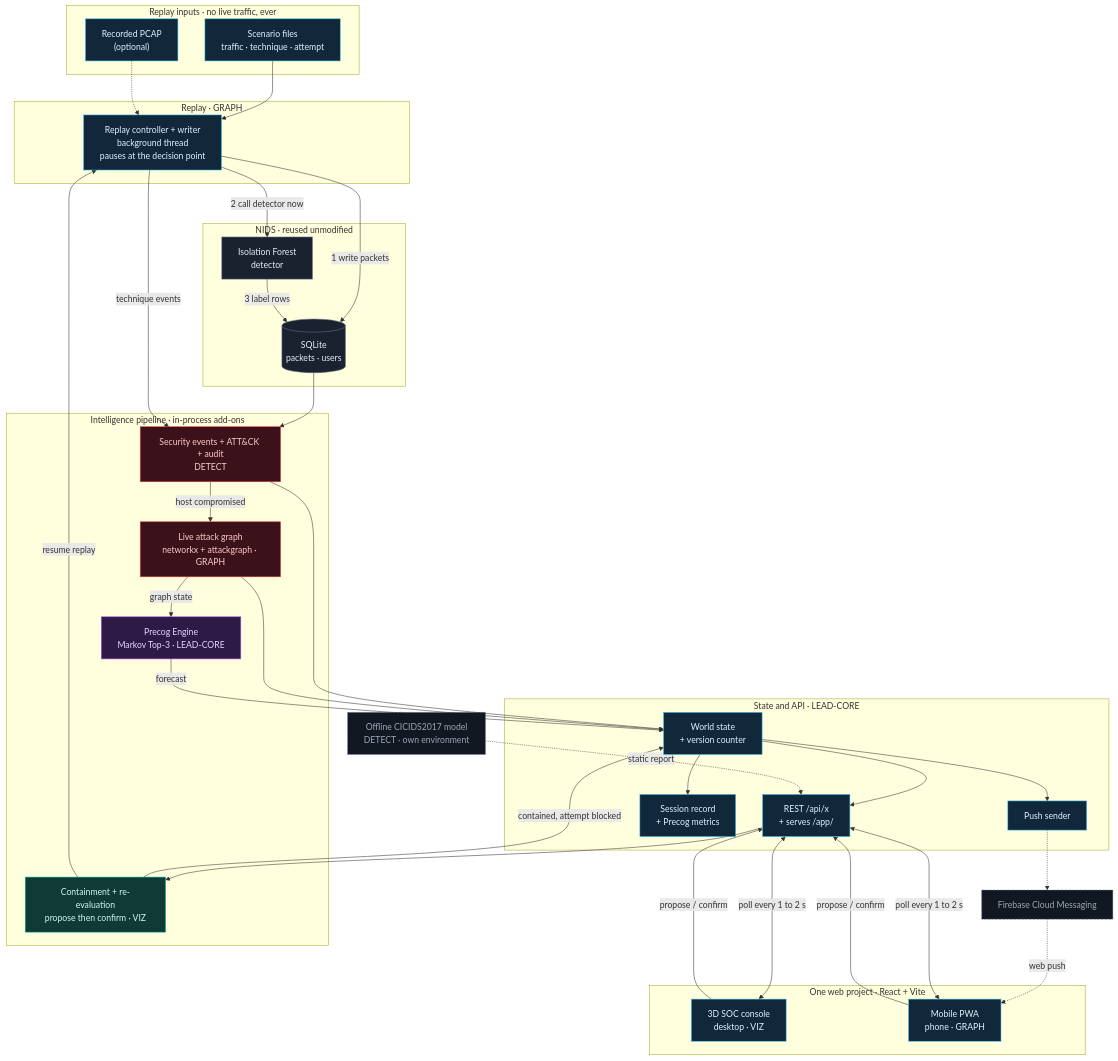
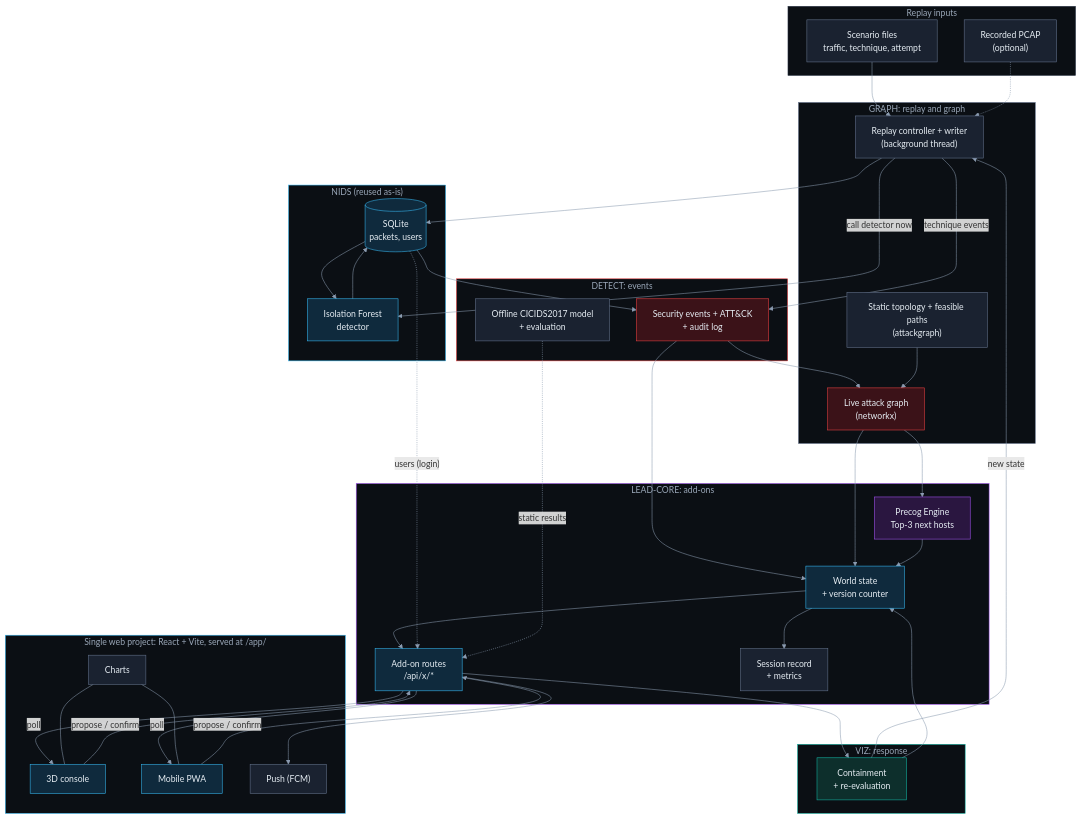
Before and after one commit to Sagar44-Github/precog-platform: the third of 9 diagrams in README.md, drawn with Mermaid. The commit also changed other lines of this file and 5 other files, not shown here.

````diff
--- a/README.md
+++ b/README.md
@@ -271,77 +362,83 @@
 ```mermaid
+%%{init: {'themeVariables': {'lineColor': '#8b9bb0'}}}%%
 flowchart TB
-    subgraph INPUT["Replay inputs · no live traffic, ever"]
-        SC["Scenario files<br/>traffic · technique · attempt"]
-        PC["Recorded PCAP<br/>(optional)"]
+    classDef reused fill:#0f2a3d,stroke:#38bdf8,color:#e6edf3
+    classDef happened fill:#3b1218,stroke:#ef4444,color:#e6edf3
+    classDef predict fill:#2a1640,stroke:#a855f7,color:#e6edf3
+    classDef did fill:#0d2f2c,stroke:#14b8a6,color:#e6edf3
+    classDef neutral fill:#1a2230,stroke:#66758f,color:#e6edf3
+
+    subgraph SRC["Replay inputs"]
+        S1["Scenario files<br/>traffic, technique, attempt"]:::neutral
+        S2["Recorded PCAP<br/>(optional)"]:::neutral
     end
 
-    subgraph REPLAY["Replay · GRAPH"]
-        RC["Replay controller + writer<br/>background thread<br/>pauses at the decision point"]
+    subgraph GR["GRAPH: replay and graph"]
+        RC["Replay controller + writer<br/>(background thread)"]:::neutral
+        ST["Static topology + feasible paths<br/>(attackgraph)"]:::neutral
+        AG["Live attack graph<br/>(networkx)"]:::happened
     end
 
-    subgraph NIDS["NIDS · reused unmodified"]
-        DB[("SQLite<br/>packets · users")]
-        DT["Isolation Forest<br/>detector"]
+    subgraph NIDS["NIDS (reused as-is)"]
+        DB[("SQLite<br/>packets, users")]:::reused
+        DT["Isolation Forest<br/>detector"]:::reused
     end
 
-    subgraph PIPE["Intelligence pipeline · in-process add-ons"]
-        EV["Security events + ATT&CK + audit<br/>DETECT"]
-        AG["Live attack graph<br/>networkx + attackgraph · GRAPH"]
-        PR["Precog Engine<br/>Markov Top-3 · LEAD-CORE"]
-        CT["Containment + re-evaluation<br/>propose then confirm · VIZ"]
+    subgraph DE["DETECT: events"]
+        EV["Security events + ATT&CK<br/>+ audit log"]:::happened
+        OFF["Offline CICIDS2017 model<br/>+ evaluation"]:::neutral
     end
 
-    subgraph STATE["State and API · LEAD-CORE"]
-        WS["World state<br/>+ version counter"]
-        API["REST /api/x<br/>+ serves /app/"]
-        SES["Session record<br/>+ Precog metrics"]
-        PUSH["Push sender"]
+    subgraph LC["LEAD-CORE: add-ons"]
+        PR["Precog Engine<br/>Top-3 next hosts"]:::predict
+        WS["World state<br/>+ version counter"]:::reused
+        API["Add-on routes<br/>/api/x/*"]:::reused
+        SES["Session record<br/>+ metrics"]:::neutral
     end
 
-    subgraph WEB["One web project · React + Vite"]
-        CON["3D SOC console<br/>desktop · VIZ"]
-        MOB["Mobile PWA<br/>phone · GRAPH"]
+    subgraph VZ["VIZ: response"]
+        CT["Containment<br/>+ re-evaluation"]:::did
     end
 
-    OFF["Offline CICIDS2017 model<br/>DETECT · own environment"]:::ext
-    FCM["Firebase Cloud Messaging"]:::ext
+    subgraph WEB["Single web project: React + Vite, served at /app/"]
+        CON["3D console"]:::reused
+        MOB["Mobile PWA"]:::reused
+        CH["Charts"]:::neutral
+        PUSH["Push (FCM)"]:::neutral
+    end
 
-    SC --> RC
-    PC -.-> RC
-    RC -->|"1 write packets"| DB
-    RC -->|"2 call detector now"| DT
-    DT -->|"3 label rows"| DB
+    S1 --> RC --> DB
+    S2 -.-> RC
+    RC -->|"call detector now"| DT
+    DB --> DT --> DB
+    RC -->|"technique events"| EV
     DB --> EV
-    RC -->|"technique events"| EV
-    EV -->|"host compromised"| AG
-    AG -->|"graph state"| PR
+    EV --> AG
+    ST --> AG
+    AG --> PR
     EV --> WS
     AG --> WS
-    PR -->|"forecast"| WS
+    PR --> WS
     WS --> API
-    WS --> SES
-    WS --> PUSH
-    PUSH -.-> FCM
-    FCM -.->|"web push"| MOB
-    API <-->|"poll every 1 to 2 s"| CON
-    API <-->|"poll every 1 to 2 s"| MOB
+    DB -.->|"users (login)"| API
+    API -->|"poll"| CON
+    API -->|"poll"| MOB
+    CH --- MOB
+    CH --- CON
+    API --> PUSH
     CON -->|"propose / confirm"| API
     MOB -->|"propose / confirm"| API
     API --> CT
-    CT -->|"contained, attempt blocked"| WS
-    CT -->|"resume replay"| RC
-    OFF -.->|"static report"| API
+    CT -->|"new state"| RC
+    CT --> WS
+    WS --> SES
+    OFF -.->|"static results"| API
 
-    classDef reused fill:#1a2230,stroke:#66758f,color:#e6edf3
-    classDef detect fill:#3b1219,stroke:#ef4444,color:#fecaca
-    classDef precog fill:#2e1a47,stroke:#a855f7,color:#e9d5ff
-    classDef act fill:#0f3a36,stroke:#14b8a6,color:#ccfbf1
-    classDef ours fill:#10283a,stroke:#38bdf8,color:#e0f2fe
-    classDef ext fill:#121821,stroke:#66758f,color:#9aa7b8,stroke-dasharray:4 3
-
-    class SC,PC,RC,WS,API,SES,PUSH,CON,MOB ours
-    class DB,DT reused
-    class EV,AG detect
-    class PR precog
-    class CT act
+    style SRC fill:#0b0f14,stroke:#263042,color:#9aa7b8
+    style GR fill:#0b0f14,stroke:#66758f,color:#9aa7b8
+    style NIDS fill:#0b0f14,stroke:#38bdf8,color:#9aa7b8
+    style DE fill:#0b0f14,stroke:#ef4444,color:#9aa7b8
+    style LC fill:#0b0f14,stroke:#a855f7,color:#9aa7b8
+    style VZ fill:#0b0f14,stroke:#14b8a6,color:#9aa7b8
+    style WEB fill:#0b0f14,stroke:#38bdf8,color:#9aa7b8
 ```
````
